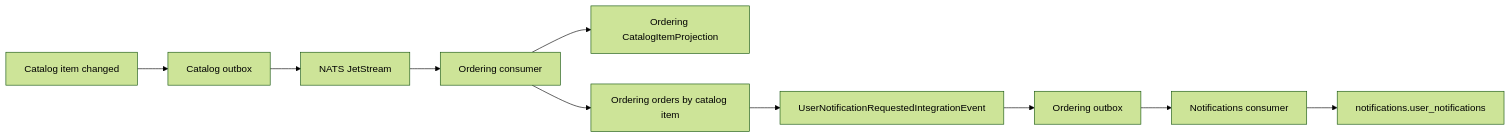
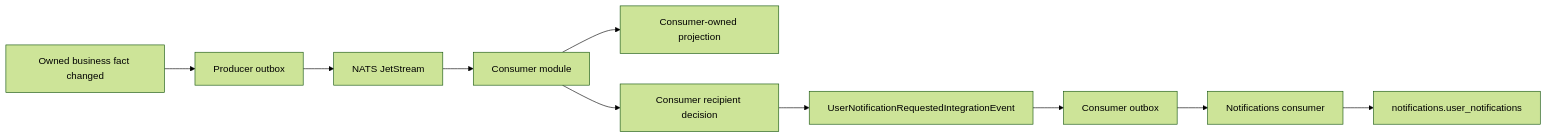
Before and after one commit to SadPossum/BunkFy.Backend: the second of 3 diagrams in docs/examples/cross-module-integration.md, drawn with Mermaid (forest theme). The commit also changed other lines of this file and 1841 other files, not shown here.

````diff
--- a/docs/examples/cross-module-integration.md
+++ b/docs/examples/cross-module-integration.md
@@ -54,12 +54,12 @@
 ```mermaid
 flowchart LR
-    A["Catalog item changed"] --> B["Catalog outbox"]
+    A["Owned business fact changed"] --> B["Producer outbox"]
     B --> C["NATS JetStream"]
-    C --> D["Ordering consumer"]
-    D --> E["Ordering CatalogItemProjection"]
-    D --> F["Ordering orders by catalog item"]
+    C --> D["Consumer module"]
+    D --> E["Consumer-owned projection"]
+    D --> F["Consumer recipient decision"]
     F --> G["UserNotificationRequestedIntegrationEvent"]
-    G --> H["Ordering outbox"]
+    G --> H["Consumer outbox"]
     H --> I["Notifications consumer"]
     I --> J["notifications.user_notifications"]
 ```
````
